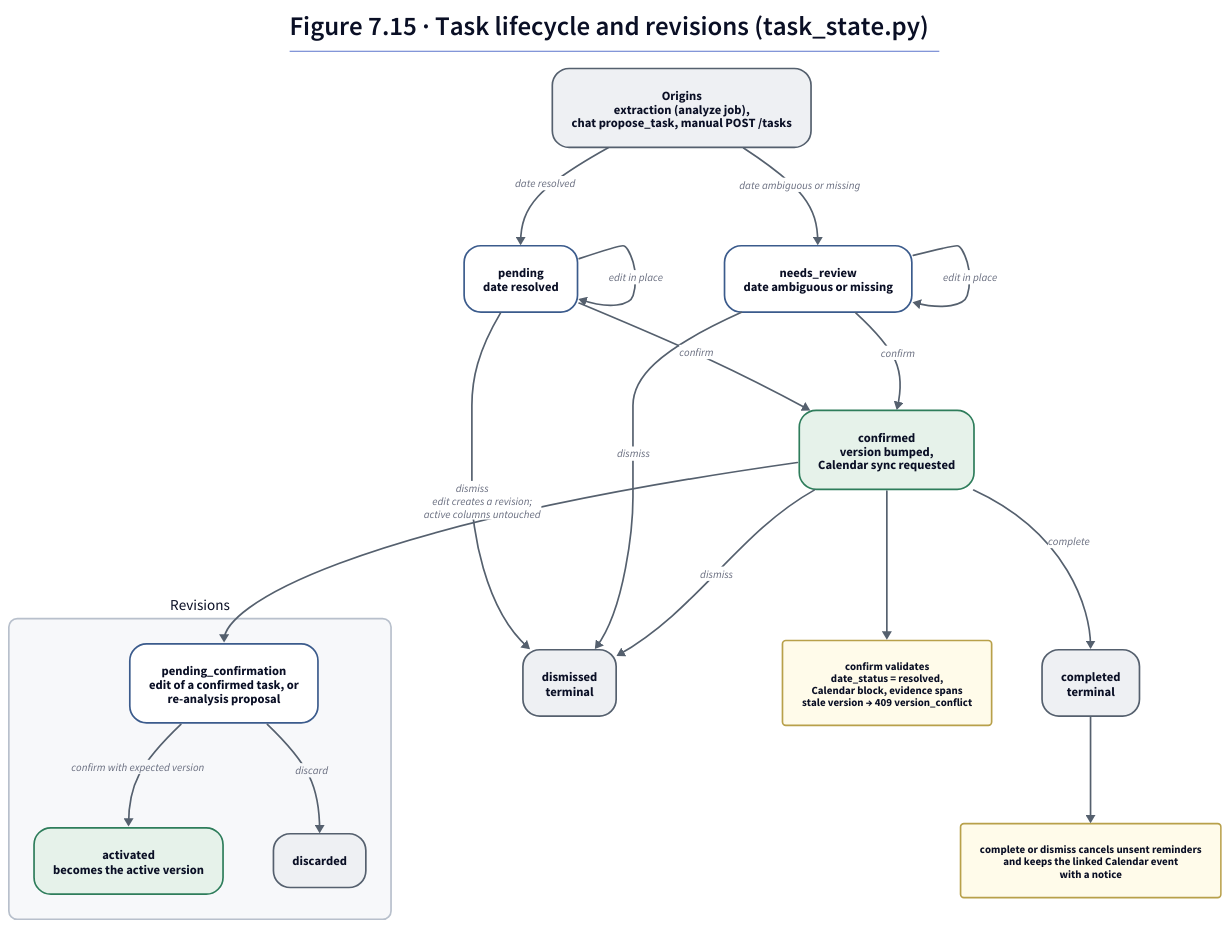
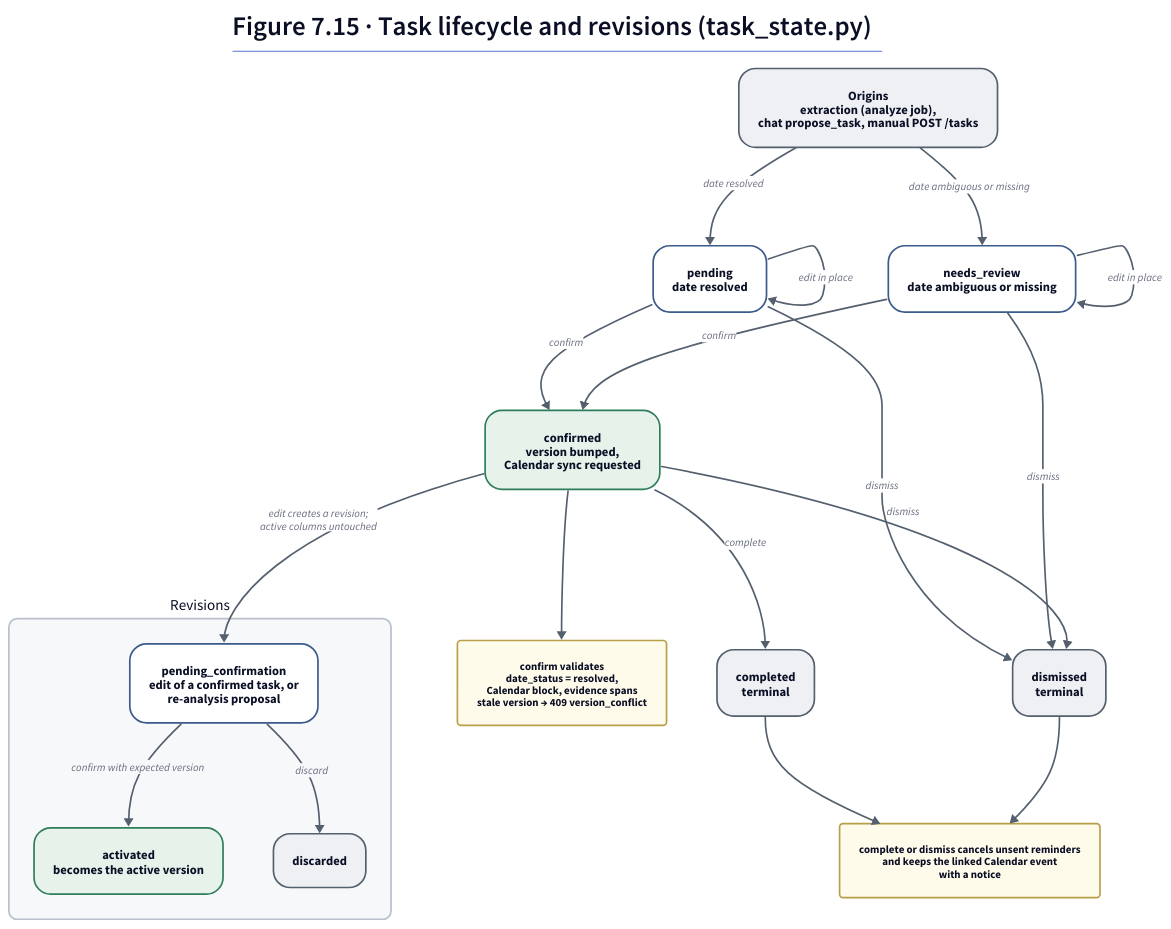
One commit to Nigrumhodo/Maulwurf changed the diagram in Workshop-2/assets/diagrams/15-task-lifecycle.d2. Above: the diagram before and after it, drawn with D2. The commit also changed 14 other files, not shown here.

```diff
--- a/Workshop-2/assets/diagrams/15-task-lifecycle.d2
+++ b/Workshop-2/assets/diagrams/15-task-lifecycle.d2
@@ -1,137 +1,138 @@
 title: |md
   # Figure 7.15 · Task lifecycle and revisions (task_state.py)
 | {near: top-center}
 
 direction: down
 
 classes: {
   zone: {
     style: {
       fill: "#F7F8FA"
       stroke: "#B8C0CC"
       border-radius: 10
       font-size: 18
     }
   }
   svc: {
     style: {
       fill: "#FFFFFF"
       stroke: "#3B5B8C"
       border-radius: 6
       font-size: 15
     }
   }
   ephemeral: {
     style: {
       fill: "#FFF3D6"
       stroke: "#B26A00"
       border-radius: 6
       font-size: 15
     }
   }
   store: {
     shape: cylinder
     style: {
       fill: "#E6F2EA"
       stroke: "#2E7D5B"
       font-size: 15
     }
   }
   bus: {
     shape: queue
     style: {
       fill: "#E6F2EA"
       stroke: "#2E7D5B"
       font-size: 15
     }
   }
   external: {
     shape: cloud
     style: {
       fill: "#EAF0FB"
       stroke: "#4766B8"
       font-size: 15
     }
   }
   flow: {
     style: {
       stroke: "#55606E"
       font-size: 13
     }
   }
   state: {
     style: {
       fill: "#FFFFFF"
       stroke: "#3B5B8C"
       border-radius: 20
       font-size: 15
     }
   }
   ok: {
     style: {
       fill: "#E6F2EA"
       stroke: "#2E7D5B"
       border-radius: 20
       font-size: 15
     }
   }
   bad: {
     style: {
       fill: "#FBEAEA"
       stroke: "#B24A4A"
       border-radius: 20
       font-size: 15
     }
   }
   neutral: {
     style: {
       fill: "#EEF0F3"
       stroke: "#55606E"
       border-radius: 20
       font-size: 15
     }
   }
   note: {
     style: {
       fill: "#FFFBEA"
       stroke: "#B8A04A"
       border-radius: 4
       font-size: 13
     }
   }
 }
 
 
 orig: "Origins\nextraction (analyze job),\nchat propose_task, manual POST /tasks" {class: neutral}
 
 pend: "pending\ndate resolved" {class: state}
 nr: "needs_review\ndate ambiguous or missing" {class: state}
 conf: "confirmed\nversion bumped,\nCalendar sync requested" {class: ok}
 comp: "completed\nterminal" {class: neutral}
 dism: "dismissed\nterminal" {class: neutral}
 
 rev: "Revisions" {
   class: zone
   r1: "pending_confirmation\nedit of a confirmed task, or\nre-analysis proposal" {class: state}
   r2: "activated\nbecomes the active version" {class: ok}
   r3: "discarded" {class: neutral}
   r1 -> r2: "confirm with expected version" {class: flow}
   r1 -> r3: "discard" {class: flow}
 }
 
 rules: "confirm validates\ndate_status = resolved,\nCalendar block, evidence spans\nstale version → 409 version_conflict" {class: note}
 keep: "complete or dismiss cancels unsent reminders\nand keeps the linked Calendar event\nwith a notice" {class: note}
 
 orig -> pend: "date resolved" {class: flow}
 orig -> nr: "date ambiguous or missing" {class: flow}
 pend -> pend: "edit in place" {class: flow}
 nr -> nr: "edit in place" {class: flow}
 pend -> conf: "confirm" {class: flow}
 nr -> conf: "confirm" {class: flow}
 pend -> dism: "dismiss" {class: flow}
 nr -> dism: "dismiss" {class: flow}
 conf -> comp: "complete" {class: flow}
 conf -> dism: "dismiss" {class: flow}
 conf -> rev.r1: "edit creates a revision;\nactive columns untouched" {class: flow}
 conf -> rules {class: flow}
 comp -> keep {class: flow}
+dism -> keep {class: flow}
```
